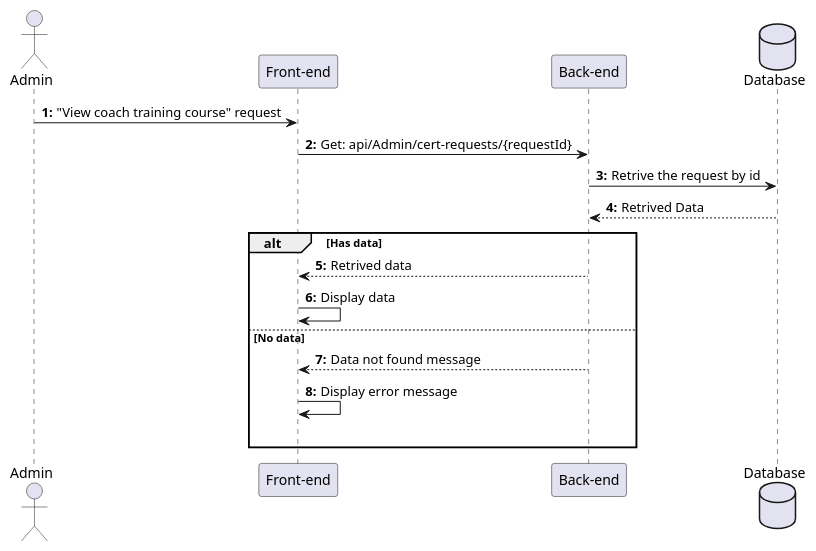
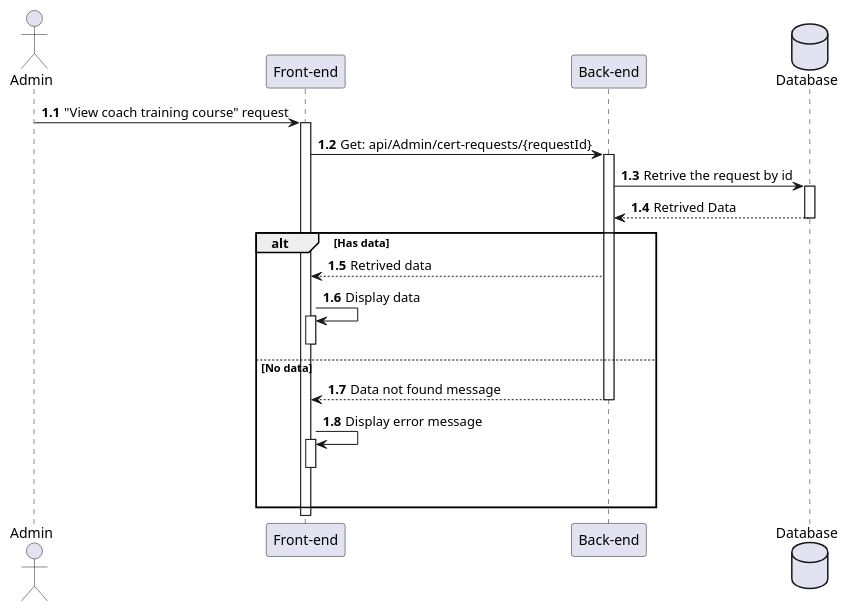
Before and after one commit to HTPhong-276/iCoaching-Diagrams: the diagram in Sequences_diagrams/ViewCoachVerifyReqDetail.pu, drawn with PlantUML. The commit also changed 49 other files, not shown here.

```diff
--- a/Sequences_diagrams/ViewCoachVerifyReqDetail.pu
+++ b/Sequences_diagrams/ViewCoachVerifyReqDetail.pu
@@ -1,24 +1,28 @@
 @startuml ViewCoachVerifyRequestDetail
 
 actor Admin as user
 participant "Front-end" as client
 participant "Back-end" as server 
 database "Database" as db
 
-autonumber "<b>0:"
+autonumber 1.1 "<b>0:"
 
-user -> client : "View coach training course" request 
-client -> server : Get: api/Admin/cert-requests/{requestId}
-server -> db : Retrive the request by id
+user -> client++ : "View coach training course" request 
+client -> server++ : Get: api/Admin/cert-requests/{requestId}
+server -> db++ : Retrive the request by id
 db --> server : Retrived Data
+deactivate
 
 alt Has data
     server --> client : Retrived data
-    client -> client : Display data
+    client -> client++ : Display data
+    deactivate
 
 else No data
     server --> client : Data not found message
-    client -> client : Display error message 
+    deactivate
+    client -> client++ : Display error message 
+    deactivate
     |||
 end 
 @enduml
```
